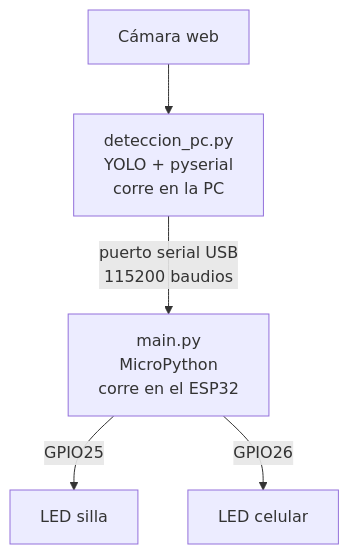
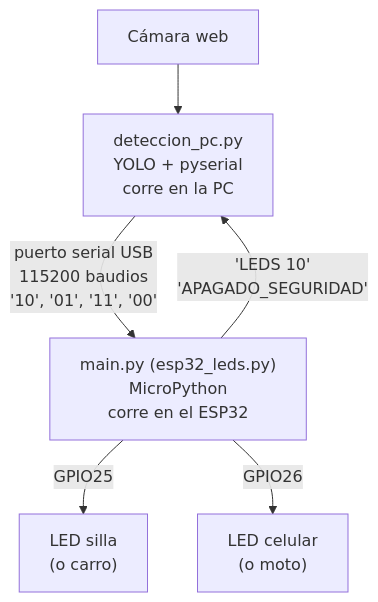
The first of 3 diagrams in 3-deteccion-objetos/README.md (Dathinel/Sensores-Teoria), drawn with Mermaid before and after one commit. The commit also changed other lines of this file and 154 other files, not shown here.

````diff
--- a/3-deteccion-objetos/README.md
+++ b/3-deteccion-objetos/README.md
@@ -32,7 +48,8 @@
 ```mermaid
 flowchart TD
     Camara["Cámara web"] --> PC["deteccion_pc.py<br/>YOLO + pyserial<br/>corre en la PC"]
-    PC -->|"puerto serial USB<br/>115200 baudios"| ESP32["main.py<br/>MicroPython<br/>corre en el ESP32"]
-    ESP32 -->|"GPIO25"| LED1["LED silla"]
-    ESP32 -->|"GPIO26"| LED2["LED celular"]
+    PC -->|"puerto serial USB<br/>115200 baudios<br/>'10', '01', '11', '00'"| ESP32["main.py (esp32_leds.py)<br/>MicroPython<br/>corre en el ESP32"]
+    ESP32 -->|"'LEDS 10'<br/>'APAGADO_SEGURIDAD'"| PC
+    ESP32 -->|"GPIO25"| LED1["LED silla<br/>(o carro)"]
+    ESP32 -->|"GPIO26"| LED2["LED celular<br/>(o moto)"]
 ```
````
